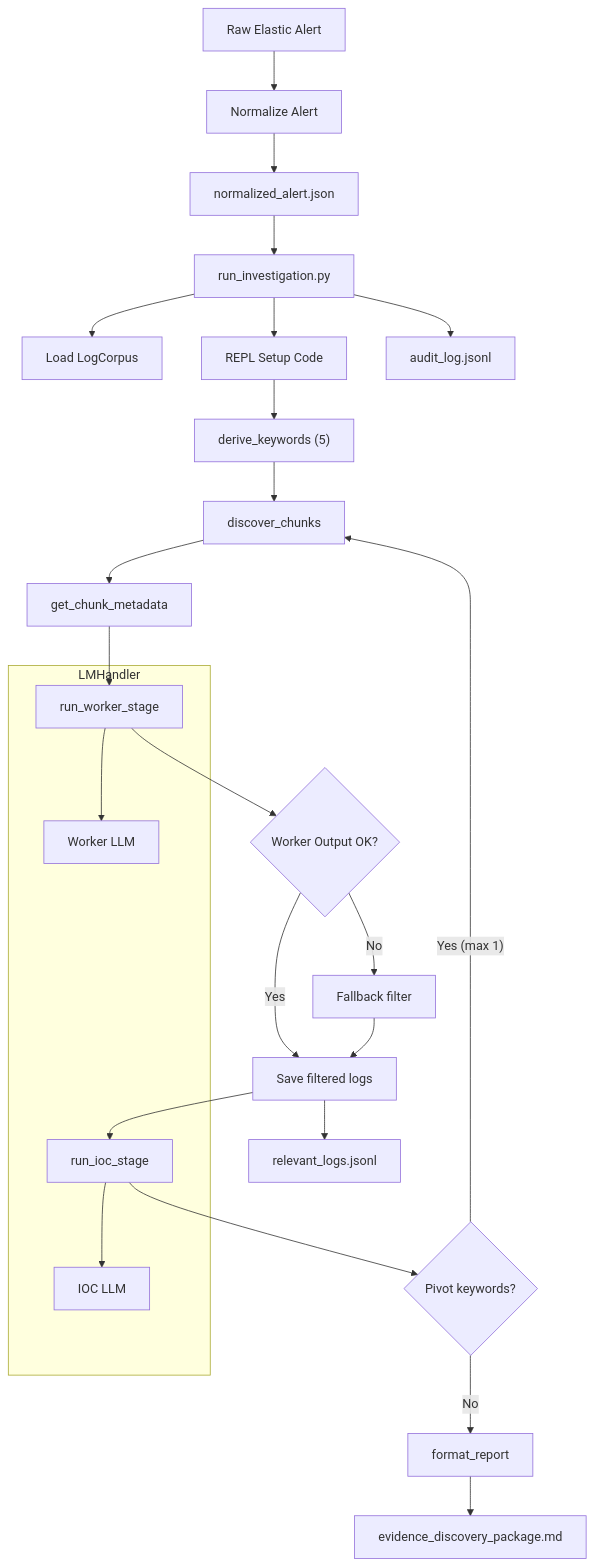
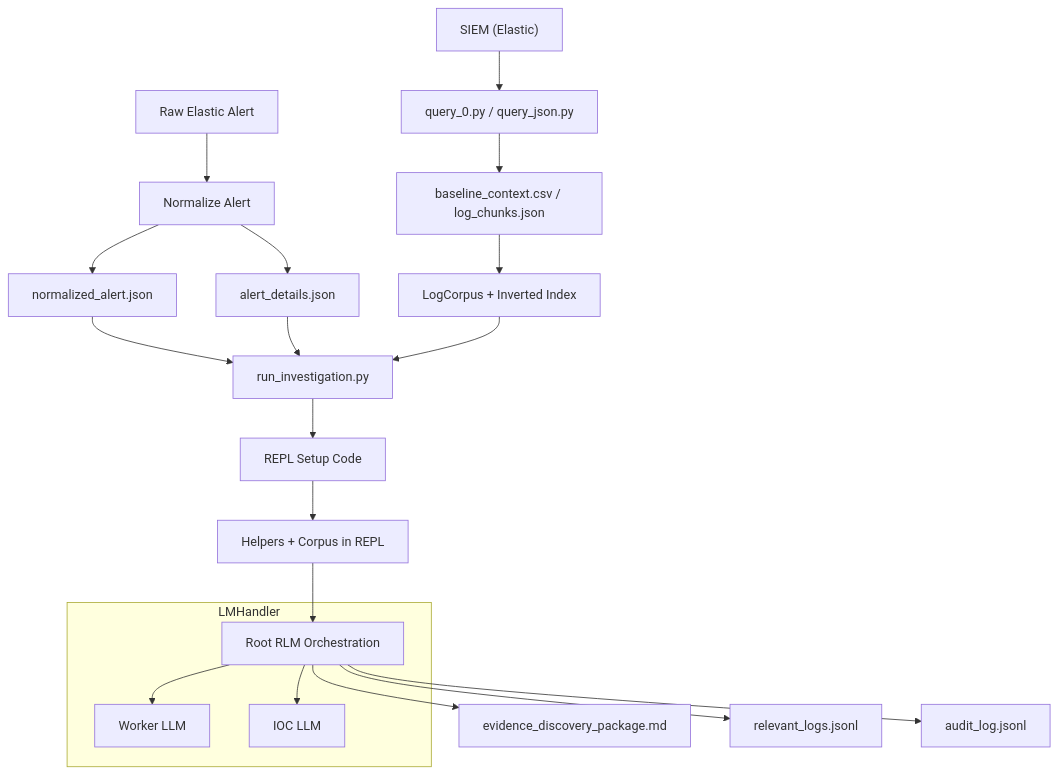
One commit to GBinion2020/RLM-Investigation-Agent changed the first of 2 diagrams in README.md. Above: the diagram before and after it, drawn with Mermaid. The commit also changed other lines of this file and 1 other file, not shown here.

Commit message:
update to diagram

````diff
--- a/README.md
+++ b/README.md
@@ -13,33 +13,27 @@
 ```mermaid
 flowchart TD
-    A["Raw Elastic Alert"] --> B["Normalize Alert"]
-    B --> C["normalized_alert.json"]
+    A["SIEM (Elastic)"] --> B["query_0.py / query_json.py"]
+    B --> C["baseline_context.csv / log_chunks.json"]
+    C --> D["LogCorpus + Inverted Index"]
 
-    C --> D["run_investigation.py"]
-    D --> E["Load LogCorpus"]
-    D --> F["REPL Setup Code"]
+    E["Raw Elastic Alert"] --> F["Normalize Alert"]
+    F --> G["normalized_alert.json"]
+    F --> H["alert_details.json"]
 
-    F --> G["derive_keywords (5)"]
-    G --> H["discover_chunks"]
-    H --> I["get_chunk_metadata"]
+    G --> I["run_investigation.py"]
+    H --> I
+    D --> I
 
-    I --> J["run_worker_stage"]
-    J --> K{Worker Output OK?}
-    K -- "Yes" --> L["Save filtered logs"]
-    K -- "No" --> M["Fallback filter"]
-    M --> L
-
-    L --> N["run_ioc_stage"]
-    N --> O{Pivot keywords?}
-    O -- "Yes (max 1)" --> H
-    O -- "No" --> P["format_report"]
-
-    P --> Q["evidence_discovery_package.md"]
-    L --> R["relevant_logs.jsonl"]
-    D --> S["audit_log.jsonl"]
+    I --> J["REPL Setup Code"]
+    J --> K["Helpers + Corpus in REPL"]
+    K --> L["Root RLM Orchestration"]
 
     subgraph LMHandler
-      J --> J1["Worker LLM"]
-      N --> N1["IOC LLM"]
+      L --> M["Worker LLM"]
+      L --> N["IOC LLM"]
     end
+
+    L --> O["evidence_discovery_package.md"]
+    L --> P["relevant_logs.jsonl"]
+    L --> Q["audit_log.jsonl"]
 ```
````
